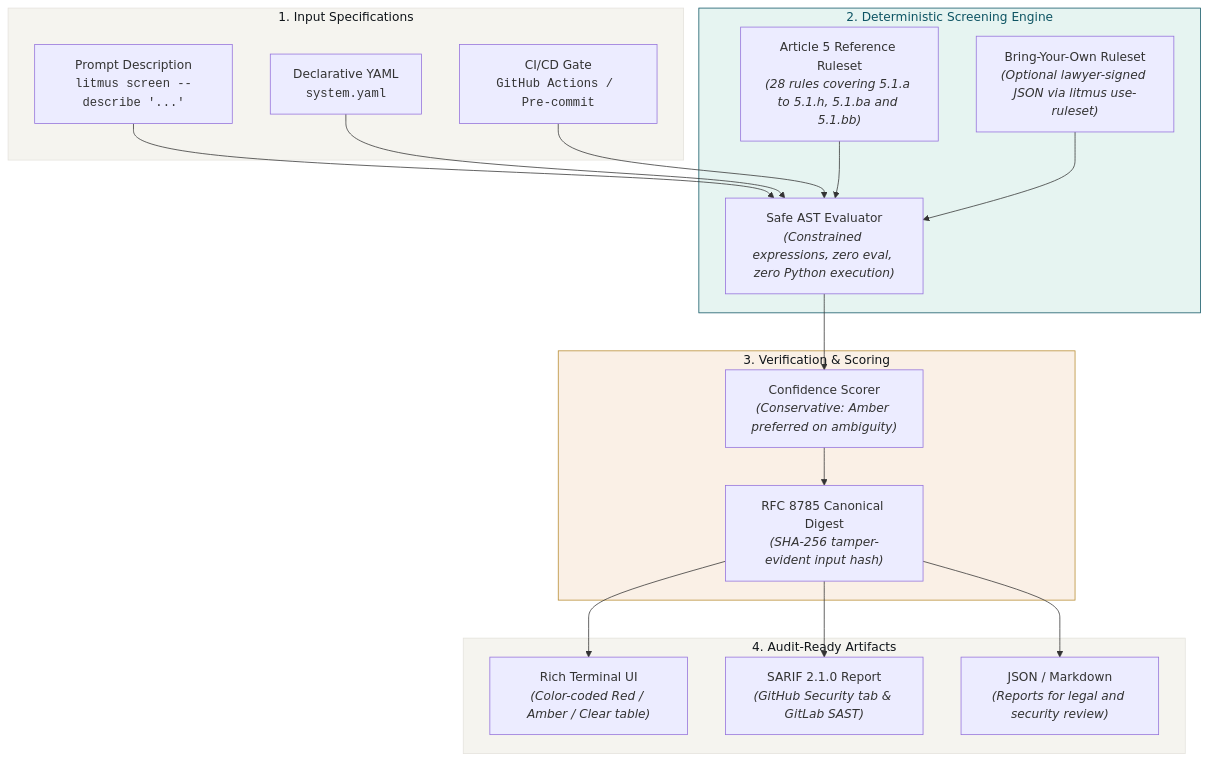
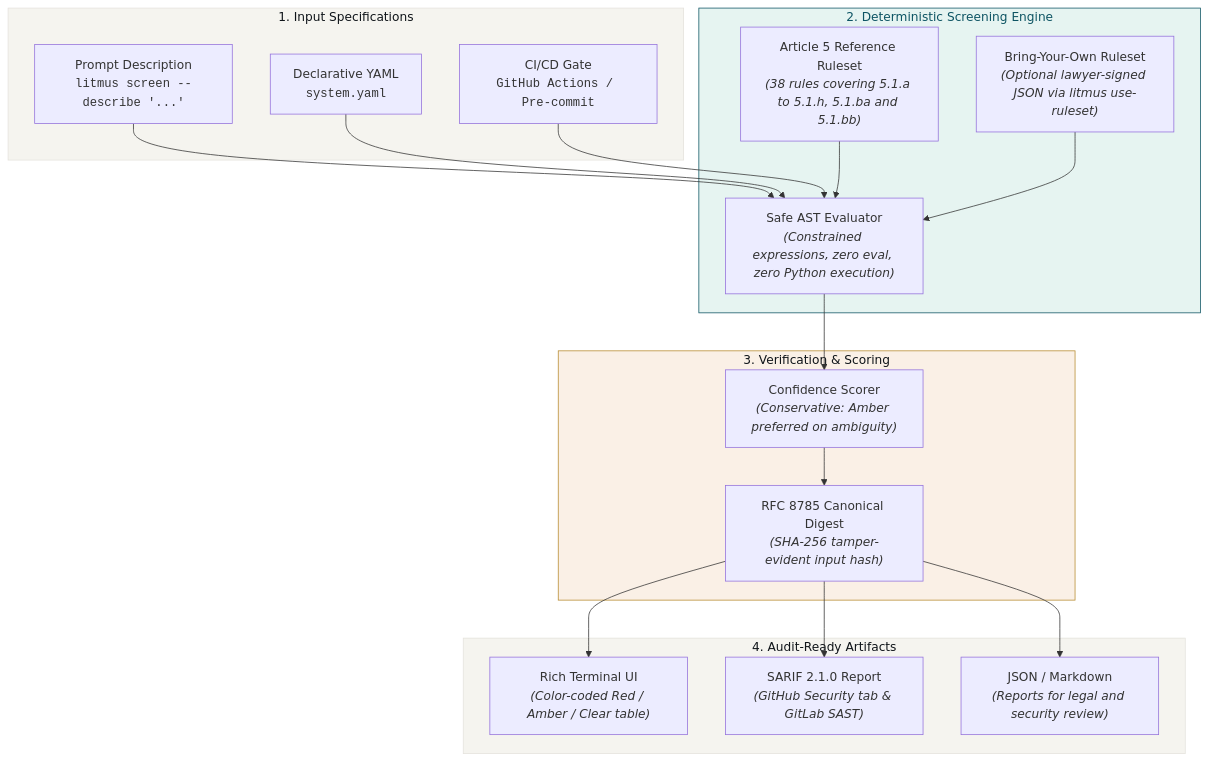
The diagram in README.md (aiexponent/litmusai), drawn with Mermaid before and after one commit. The commit also changed other lines of this file and 10 other files, not shown here.

````diff
--- a/README.md
+++ b/README.md
@@ -85,36 +85,36 @@
 ```mermaid
 graph TB
     subgraph Inputs ["1. Input Specifications"]
         INP1["Prompt Description<br/><code>litmus screen --describe '...'</code>"]
         INP2["Declarative YAML<br/><code>system.yaml</code>"]
         INP3["CI/CD Gate<br/><code>GitHub Actions / Pre-commit</code>"]
     end
 
     subgraph Core ["2. Deterministic Screening Engine"]
         AST["Safe AST Evaluator<br/><em>(Constrained expressions, zero eval, zero Python execution)</em>"]
-        RULE["Article 5 Reference Ruleset<br/><em>(28 rules covering 5.1.a to 5.1.h, 5.1.ba and 5.1.bb)</em>"]
+        RULE["Article 5 Reference Ruleset<br/><em>(38 rules covering 5.1.a to 5.1.h, 5.1.ba and 5.1.bb)</em>"]
         BYO["Bring-Your-Own Ruleset<br/><em>(Optional lawyer-signed JSON via litmus use-ruleset)</em>"]
     end
 
     subgraph Integrity ["3. Verification & Scoring"]
         CONF["Confidence Scorer<br/><em>(Conservative: Amber preferred on ambiguity)</em>"]
         HASH["RFC 8785 Canonical Digest<br/><em>(SHA-256 tamper-evident input hash)</em>"]
     end
 
     subgraph Outputs ["4. Audit-Ready Artifacts"]
         OUT1["Rich Terminal UI<br/><em>(Color-coded Red / Amber / Clear table)</em>"]
         OUT2["SARIF 2.1.0 Report<br/><em>(GitHub Security tab & GitLab SAST)</em>"]
         OUT3["JSON / Markdown<br/><em>(Reports for legal and security review)</em>"]
     end
 
     INP1 & INP2 & INP3 --> AST
     RULE & BYO --> AST
     AST --> CONF
     CONF --> HASH
     HASH --> OUT1 & OUT2 & OUT3
 
     style Inputs fill:#F5F4EF,stroke:#E4E2DC,color:#0F1419
     style Core fill:#E6F4F1,stroke:#0D5463,color:#0D5463
     style Integrity fill:#FAF0E6,stroke:#B68A2E,color:#0F1419
     style Outputs fill:#F5F4EF,stroke:#E4E2DC,color:#0F1419
 ```
````
